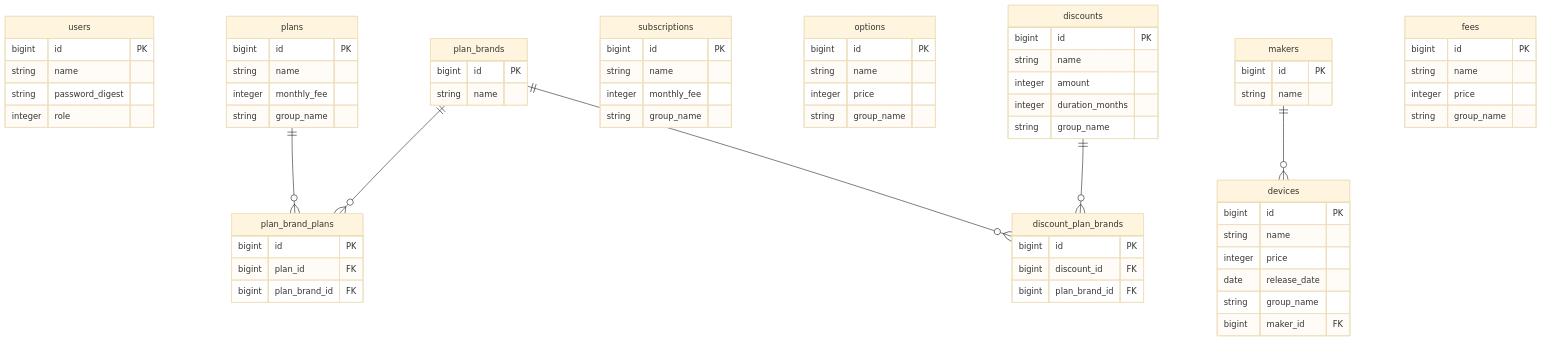
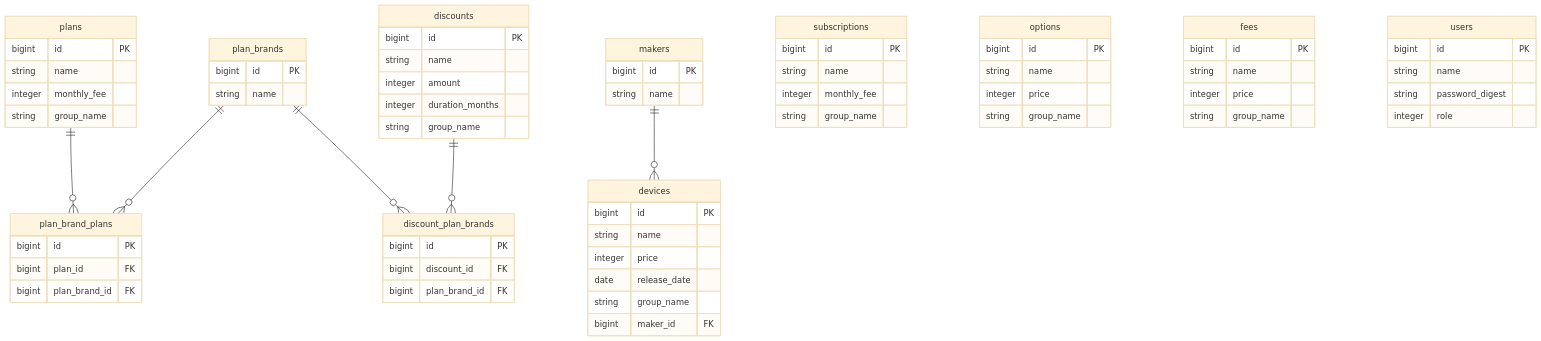
The diagram in README.md (kazkaz9717/plan_simulator), drawn with Mermaid (base theme) before and after one commit. The commit also changed other lines of this file, not shown here.

Commit message:
ER図を更新

````diff
--- a/README.md
+++ b/README.md
@@ -71,72 +71,72 @@
 ```mermaid
 erDiagram
-    users {
-        bigint id PK
-        string name
-        string password_digest
-        integer role
-    }
     plan_brands {
         bigint id PK
         string name
     }
     plans {
         bigint id PK
         string name
         integer monthly_fee
         string group_name
     }
     plan_brand_plans {
         bigint id PK
         bigint plan_id FK
         bigint plan_brand_id FK
     }
-    subscriptions {
+    discounts {
         bigint id PK
         string name
-        integer monthly_fee
+        integer amount
+        integer duration_months
         string group_name
     }
-    options {
+    discount_plan_brands {
         bigint id PK
-        string name
-        integer price
-        string group_name
+        bigint discount_id FK
+        bigint plan_brand_id FK
     }
     makers {
         bigint id PK
         string name
     }
     devices {
         bigint id PK
         string name
         integer price
         date release_date
         string group_name
         bigint maker_id FK
     }
-    discounts {
+    subscriptions {
         bigint id PK
         string name
-        integer amount
-        integer duration_months
+        integer monthly_fee
         string group_name
     }
-    discount_plan_brands {
+    options {
         bigint id PK
-        bigint discount_id FK
-        bigint plan_brand_id FK
+        string name
+        integer price
+        string group_name
     }
     fees {
         bigint id PK
         string name
         integer price
         string group_name
+    }
+    users {
+        bigint id PK
+        string name
+        string password_digest
+        integer role
     }
 
     plans ||--o{ plan_brand_plans : ""
     plan_brands ||--o{ plan_brand_plans : ""
     discounts ||--o{ discount_plan_brands : ""
     plan_brands ||--o{ discount_plan_brands : ""
     makers ||--o{ devices : ""
 ```
````
